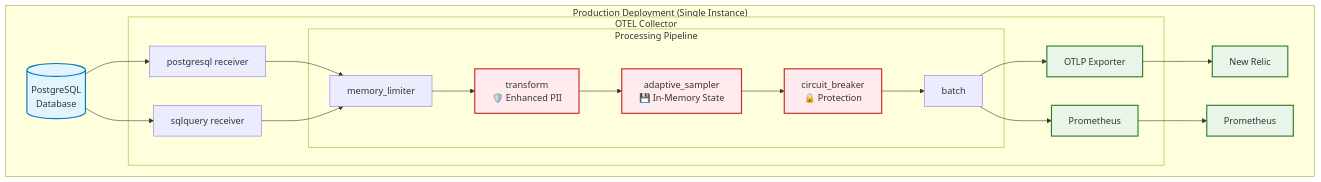
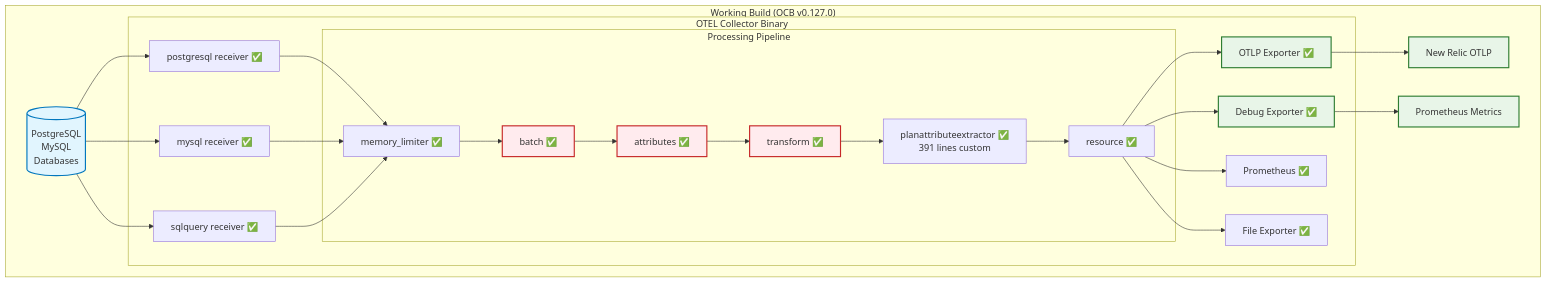
Before and after one commit to deepaucksharma/psql-next: the diagram in database-intelligence-mvp/docs/ARCHITECTURE.md, drawn with Mermaid. The commit also changed other lines of this file and 26 other files, not shown here.

````diff
--- a/database-intelligence-mvp/docs/ARCHITECTURE.md
+++ b/database-intelligence-mvp/docs/ARCHITECTURE.md
@@ -17,47 +17,56 @@
 ```mermaid
 graph TB
-    subgraph "Production Deployment (Single Instance)"
-        DB[(PostgreSQL<br/>Database)]
+    subgraph "Working Build (OCB v0.127.0)"
+        DB[(PostgreSQL<br/>MySQL<br/>Databases)]
         
-        subgraph "OTEL Collector"
-            R1[postgresql receiver]
-            R2[sqlquery receiver]
+        subgraph "OTEL Collector Binary"
+            R1[postgresql receiver ✅]
+            R2[mysql receiver ✅]
+            R3[sqlquery receiver ✅]
             
             subgraph "Processing Pipeline"
-                P1[memory_limiter]
-                P2[transform<br/>🛡️ Enhanced PII]
-                P3[adaptive_sampler<br/>💾 In-Memory State]
-                P4[circuit_breaker<br/>🔒 Protection]
-                P5[batch]
+                P1[memory_limiter ✅]
+                P2[batch ✅]
+                P3[attributes ✅]
+                P4[transform ✅]
+                P5[planattributeextractor ✅<br/>391 lines custom]
+                P6[resource ✅]
             end
             
-            E1[OTLP Exporter]
-            E2[Prometheus]
+            E1[OTLP Exporter ✅]
+            E2[Debug Exporter ✅]
+            E3[Prometheus ✅]
+            E4[File Exporter ✅]
         end
         
-        NR[New Relic]
-        PROM[Prometheus]
+        NR[New Relic OTLP]
+        PROM[Prometheus Metrics]
         
         DB --> R1
         DB --> R2
+        DB --> R3
         R1 --> P1
         R2 --> P1
+        R3 --> P1
         P1 --> P2
         P2 --> P3
         P3 --> P4
         P4 --> P5
-        P5 --> E1
-        P5 --> E2
+        P5 --> P6
+        P6 --> E1
+        P6 --> E2
+        P6 --> E3
+        P6 --> E4
         E1 --> NR
         E2 --> PROM
     end
     
     classDef db fill:#e1f5fe,stroke:#0277bd,stroke-width:2px
     classDef processor fill:#f3e5f5,stroke:#7b1fa2,stroke-width:2px
     classDef security fill:#ffebee,stroke:#c62828,stroke-width:2px
     classDef export fill:#e8f5e8,stroke:#2e7d32,stroke-width:2px
     
     class DB db
     class P2,P3,P4 security
     class E1,E2,NR,PROM export
 ```
````
